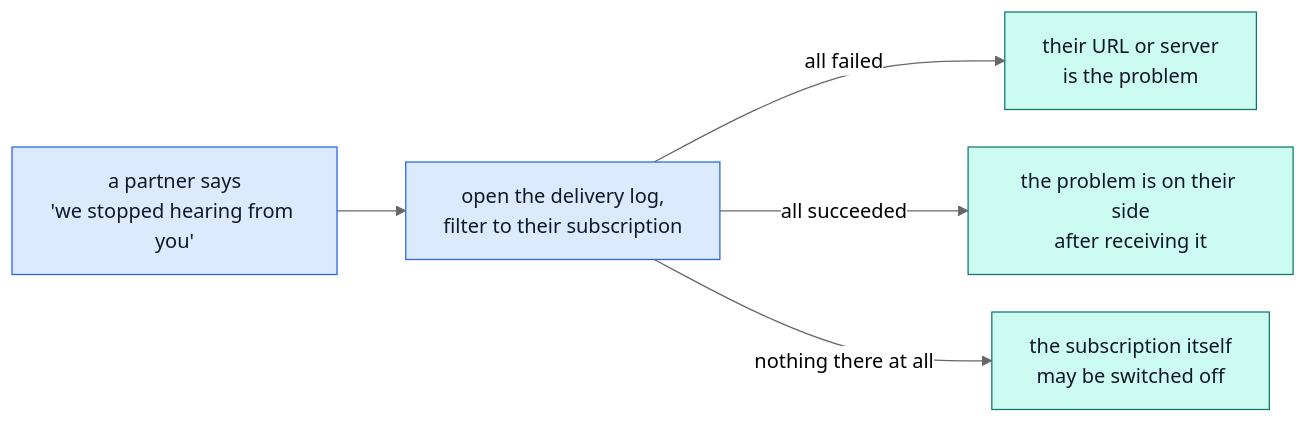
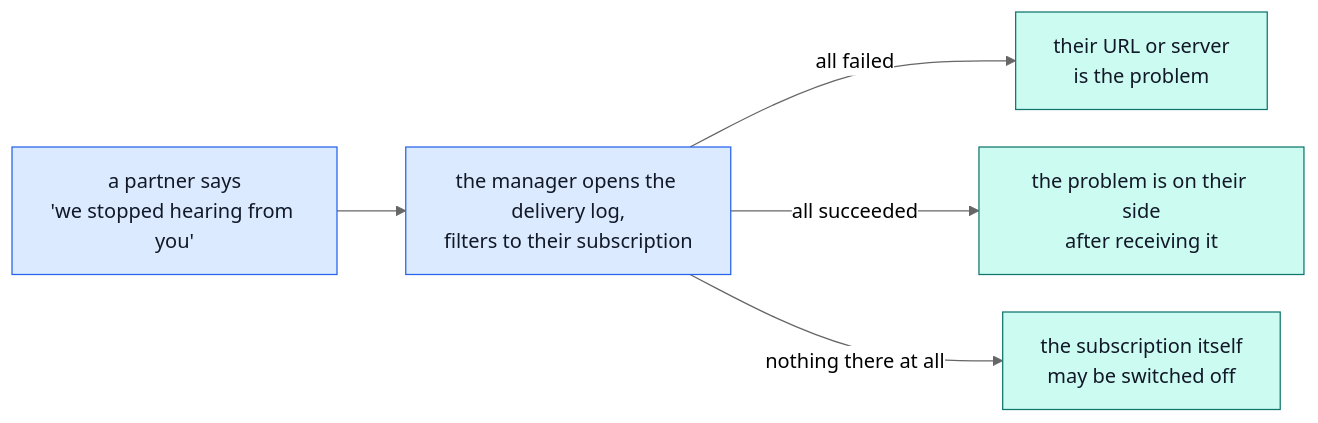
The third of 3 diagrams in docs/demo-ecommerce/support.md (Guebbit/boilerplate-node-backend), drawn with Mermaid (neutral theme) before and after one commit. The commit also changed other lines of this file and 7 other files, not shown here.

````diff
--- a/docs/demo-ecommerce/support.md
+++ b/docs/demo-ecommerce/support.md
@@ -153,13 +159,13 @@
 ```mermaid
 %%{init: {'flowchart': {'nodeSpacing': 30, 'rankSpacing': 55}}}%%
 flowchart LR
-    Q["a partner says<br/>'we stopped hearing from you'"] --> L["open the delivery log,<br/>filter to their subscription"]
+    Q["a partner says<br/>'we stopped hearing from you'"] --> L["the manager opens the delivery log,<br/>filters to their subscription"]
     L -->|"all failed"| U["their URL or server<br/>is the problem"]
     L -->|"all succeeded"| T["the problem is on their side<br/>after receiving it"]
     L -->|"nothing there at all"| S["the subscription itself<br/>may be switched off"]
 
     classDef act fill:#dbeafe,stroke:#2563eb,color:#111827;
     classDef effect fill:#ccfbf1,stroke:#0f766e,color:#111827;
     class Q,L act;
     class U,T,S effect;
 ```
````
